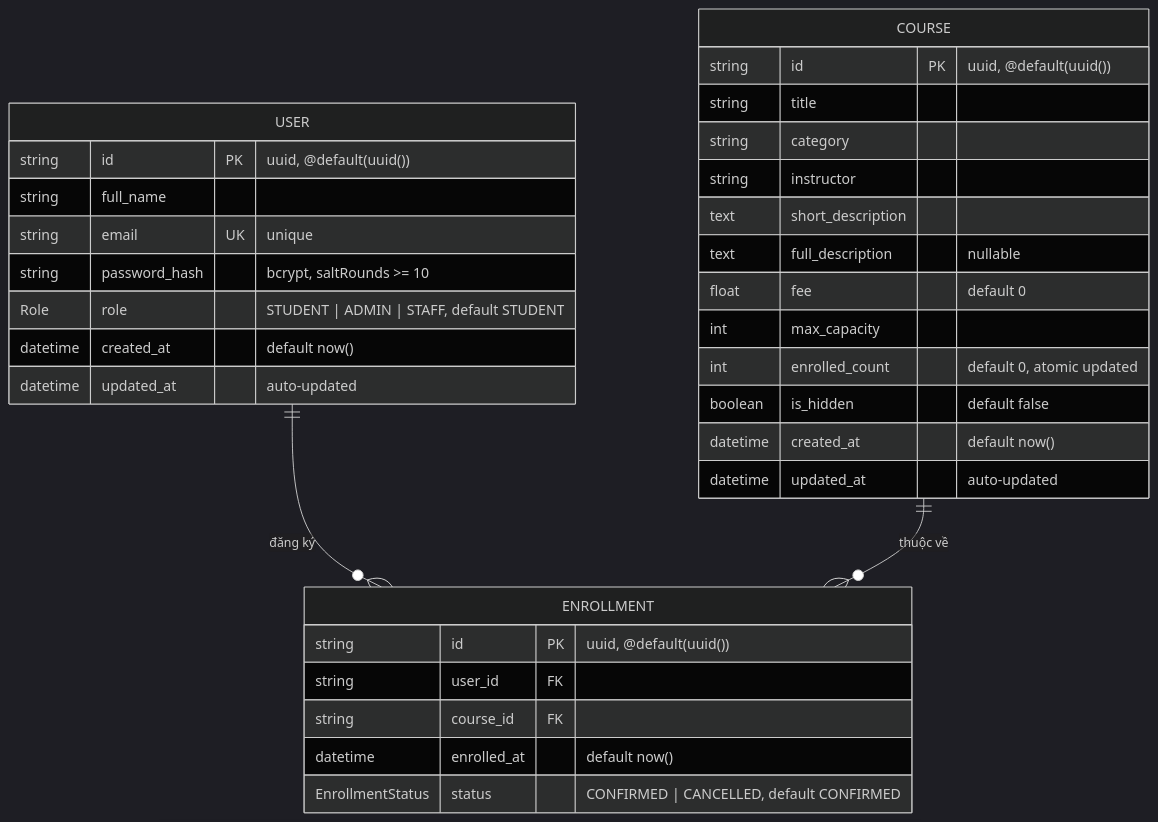
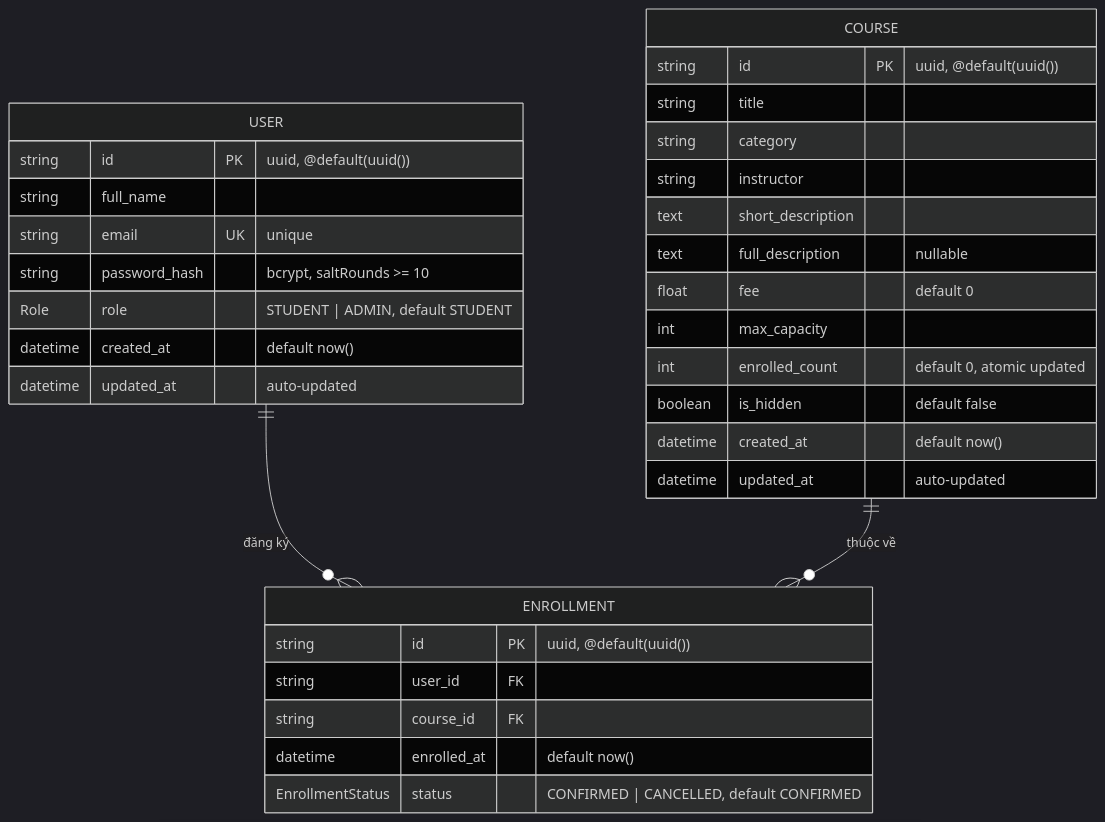
One commit to HcThnh/PKSEducation changed the diagram in docs/ERD.md. Above: the diagram before and after it, drawn with Mermaid (dark theme). The commit also changed other lines of this file and 4 other files, not shown here.

Commit message:
remove role STAFF

````diff
--- a/docs/ERD.md
+++ b/docs/ERD.md
@@ -12,38 +12,38 @@
 ```mermaid
 erDiagram
     USER {
         string  id            PK "uuid, @default(uuid())"
         string  full_name
         string  email         UK "unique"
         string  password_hash    "bcrypt, saltRounds >= 10"
-        Role    role             "STUDENT | ADMIN | STAFF, default STUDENT"
+        Role    role             "STUDENT | ADMIN, default STUDENT"
         datetime created_at      "default now()"
         datetime updated_at      "auto-updated"
     }
 
     COURSE {
         string  id                PK "uuid, @default(uuid())"
         string  title
         string  category
         string  instructor
         text    short_description
         text    full_description     "nullable"
         float   fee                  "default 0"
         int     max_capacity
         int     enrolled_count       "default 0, atomic updated"
         boolean is_hidden            "default false"
         datetime created_at          "default now()"
         datetime updated_at          "auto-updated"
     }
 
     ENROLLMENT {
         string           id          PK "uuid, @default(uuid())"
         string           user_id     FK
         string           course_id   FK
         datetime         enrolled_at    "default now()"
         EnrollmentStatus status         "CONFIRMED | CANCELLED, default CONFIRMED"
     }
 
     USER ||--o{ ENROLLMENT : "đăng ký"
     COURSE ||--o{ ENROLLMENT : "thuộc về"
 ```
````
